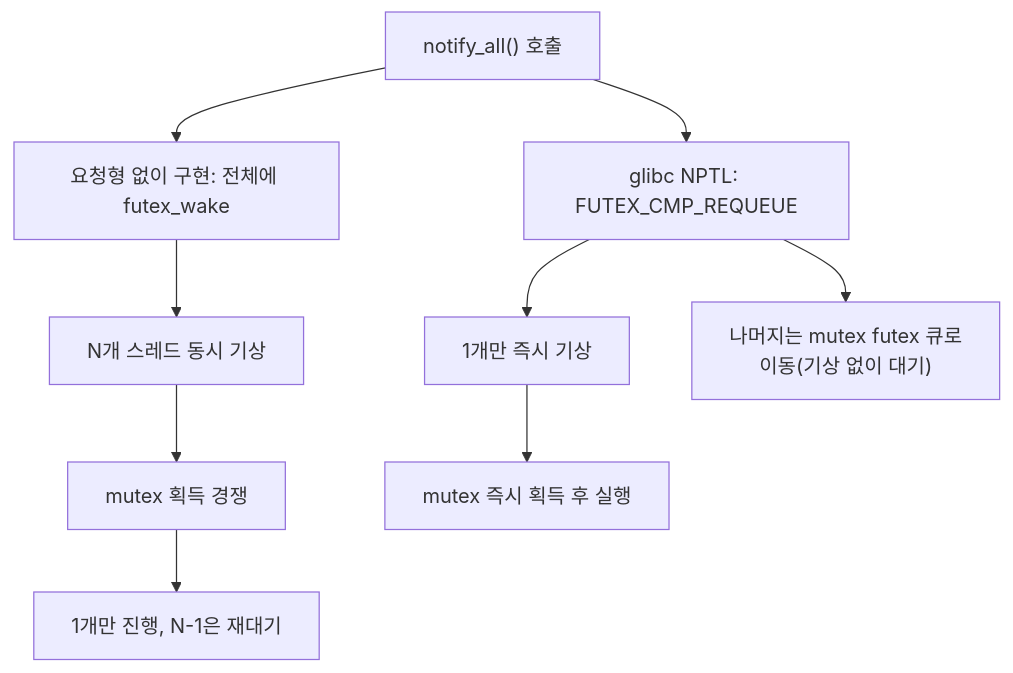
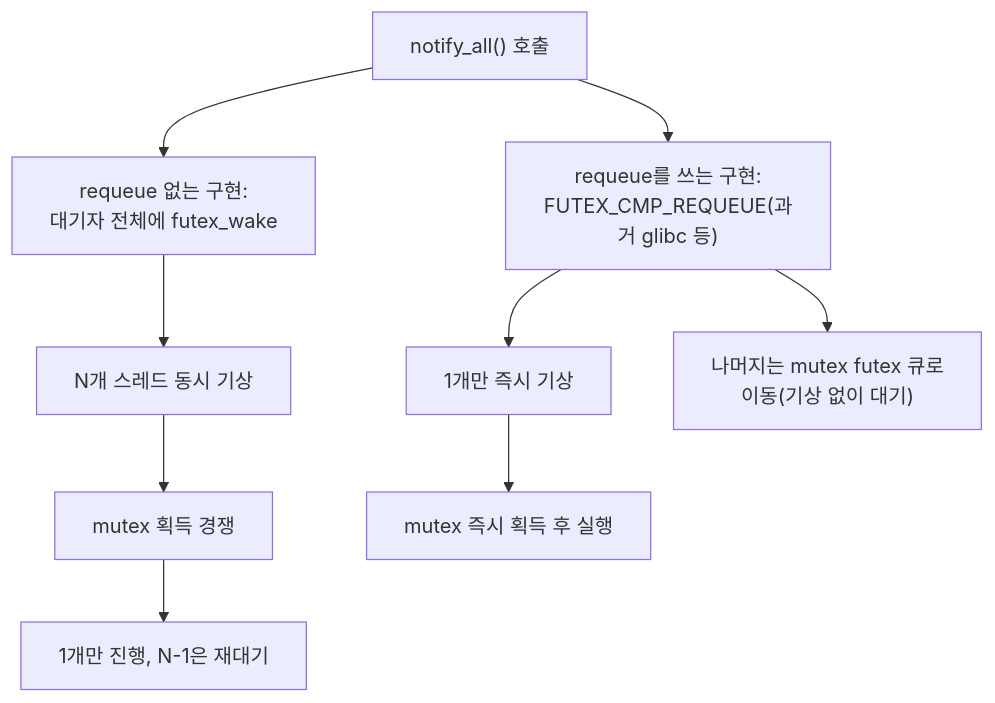
The diagram in content/collection/optimization-07-concurrency/19-condition-variable-patterns/index.md (42jerrykim/42jerrykim.github.io), drawn with Mermaid before and after one commit. The commit also changed other lines of this file and 1 other file, not shown here.

````diff
--- a/content/collection/optimization-07-concurrency/19-condition-variable-patterns/index.md
+++ b/content/collection/optimization-07-concurrency/19-condition-variable-patterns/index.md
@@ -139,11 +147,11 @@
 ```mermaid
 flowchart TD
-  notifyAll["notify_all() 호출"] --> classicHerd["요청형 없이 구현: 전체에 futex_wake"]
-  notifyAll --> requeuePath["glibc NPTL: FUTEX_CMP_REQUEUE"]
+  notifyAll["notify_all() 호출"] --> classicHerd["requeue 없는 구현:</br>대기자 전체에 futex_wake"]
+  notifyAll --> requeuePath["requeue를 쓰는 구현:</br>FUTEX_CMP_REQUEUE(과거 glibc 등)"]
   classicHerd --> allWake["N개 스레드 동시 기상"]
   allWake --> raceLock["mutex 획득 경쟁"]
   raceLock --> oneWins["1개만 진행, N-1은 재대기"]
   requeuePath --> oneWakes["1개만 즉시 기상"]
   oneWakes --> directRun["mutex 즉시 획득 후 실행"]
   requeuePath --> restQueued["나머지는 mutex futex 큐로</br>이동(기상 없이 대기)"]
 ```
````
